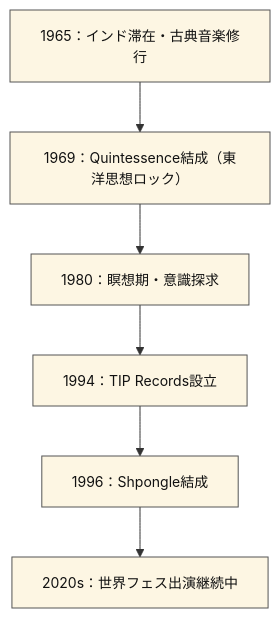
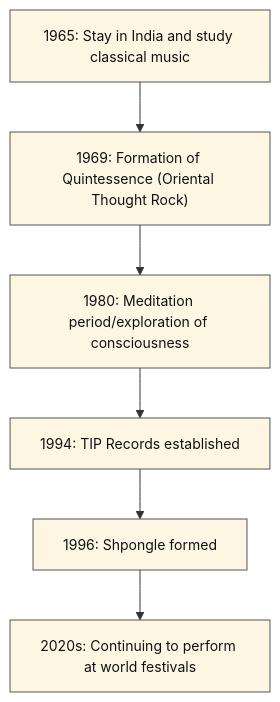
One commit to monumental-movement/monumental-movement.github.io changed the fourth of 4 diagrams in en/_posts/2025-10-05-Column-Shpongle.md. Above: the diagram before and after it, drawn with Mermaid. The commit also changed other lines of this file and 1631 other files, not shown here.

```diff
--- a/en/_posts/2025-10-05-Column-Shpongle.md
+++ b/en/_posts/2025-10-05-Column-Shpongle.md
@@ -173,13 +169,13 @@
 <div class="mermaid">
 
 flowchart TD
-  A1965["1965：インド滞在・古典音楽修行"] --> A1969["1969：Quintessence結成（東洋思想ロック）"]
-  A1969 --> A1980["1980：瞑想期・意識探求"]
-  A1980 --> A1994["1994：TIP Records設立"]
-  A1994 --> A1996["1996：Shpongle結成"]
-  A1996 --> A2020["2020s：世界フェス出演継続中"]
+  A1965["1965: Stay in India and study classical music"] --> A1969["1969: Formation of Quintessence (Oriental Thought Rock)"]
+  A1969 --> A1980["1980: Meditation period/exploration of consciousness"]
+  A1980 --> A1994["1994: TIP Records established"]
+  A1994 --> A1996["1996: Shpongle formed"]
+  A1996 --> A2020["2020s: Continuing to perform at world festivals"]
 
-  classDef node fill:#fdf6e3,stroke:#555,stroke-width:1px,color:#111,font-size:14px;
+classDef node fill:#fdf6e3,stroke:#555,stroke-width:1px,color:#111,font-size:14px;
   class A1965,A1969,A1980,A1994,A1996,A2020 node;
 
 </div>
```
